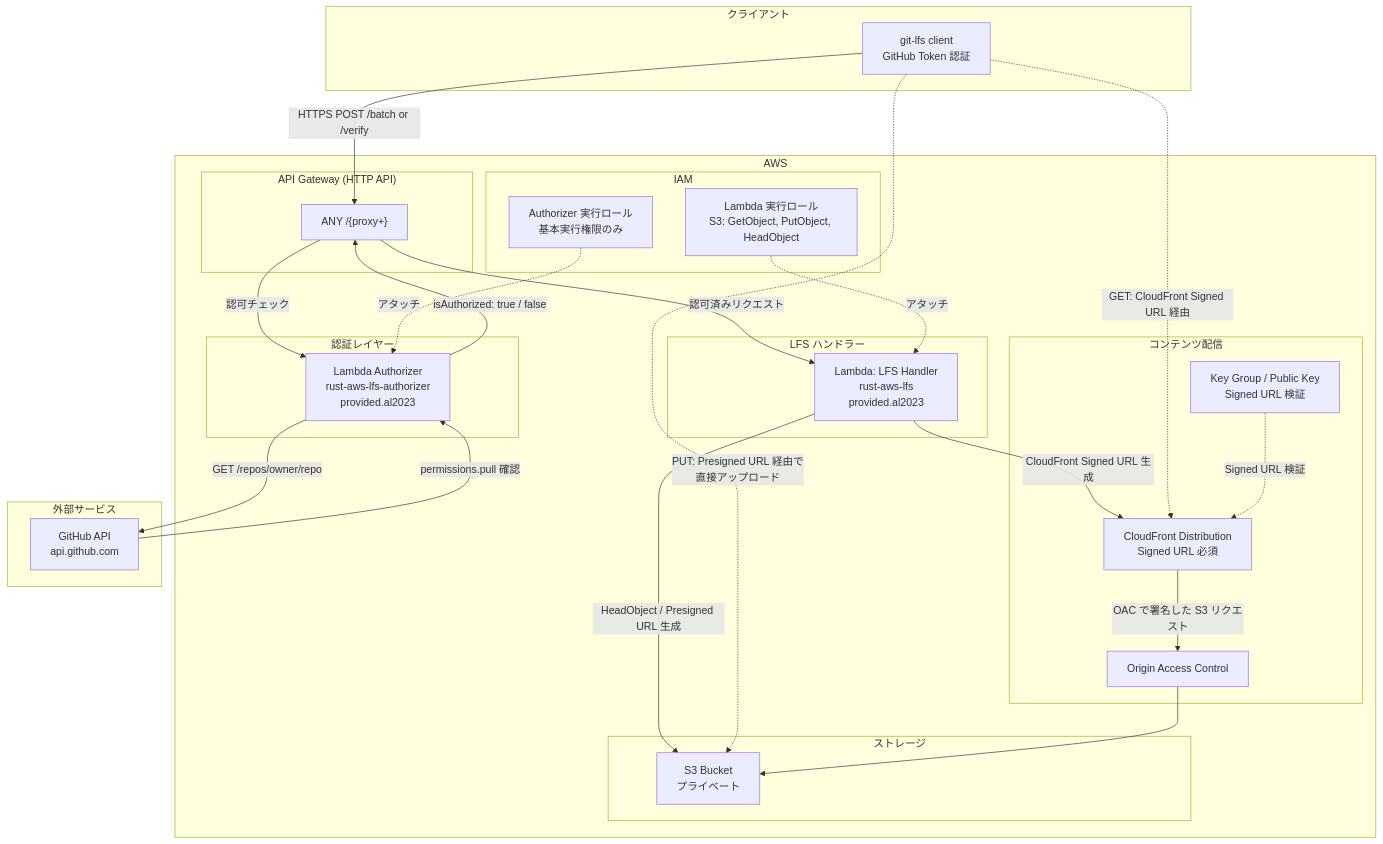
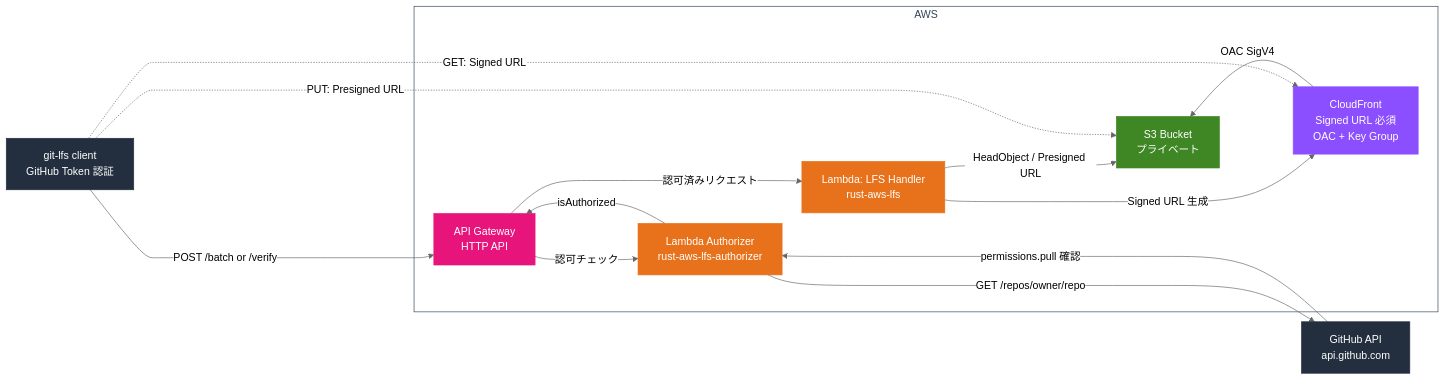
One commit to script202602/rust-aws-git-lfs changed the first of 4 diagrams in docs/design/aws-architecture.md. Above: the diagram before and after it, drawn with Mermaid. The commit also changed other lines of this file, not shown here.

Commit message:
docs: Qiita記事のテクニックを反映してAWS構成図を全面改訂
- graph TB → flowchart LR に変更（外部→内部の左右フロー）
- %%{init}%% で theme: neutral + nodeSpacing/rankSpacing を設定
- 見えない層グループ (layer1/2/3) を追加してレイアウト制御
- ~~~ 非表示エッジで層間・同層ノードの配置を制御
- classDef でAWS公式カラー色分け（Lambda/S3/CloudFront/APIGateway）
- style で単一AWSグループをスタイリング
- 線の長さ(ダッシュ数)で外部→内部の距離感を表現
- セキュリティ設計図も同様にテーマ・スタイル適用

https://claude.ai/code/session_01KaSUPF2Z4KtmcCheqCe7vW

````diff
--- a/docs/design/aws-architecture.md
+++ b/docs/design/aws-architecture.md
@@ -5,58 +5,54 @@
 ```mermaid
-graph TB
-    subgraph Client["クライアント"]
-        GIT["git-lfs client<br/>GitHub Token 認証"]
-    end
+%%{init: {"theme": "neutral", "flowchart": {"nodeSpacing": 10, "rankSpacing": 30}} }%%
+flowchart LR
 
-    subgraph AWS["AWS"]
-        subgraph APIGW["API Gateway (HTTP API)"]
-            ROUTE["ANY /{proxy+}"]
-        end
+git_client["git-lfs client<br/>GitHub Token 認証"]
 
-        subgraph AUTH["認証レイヤー"]
-            AUTHORIZER["Lambda Authorizer<br/>rust-aws-lfs-authorizer<br/>provided.al2023"]
-        end
+subgraph aws["AWS"]
+  subgraph layer1[" "]
+    APIGW["API Gateway<br/>HTTP API"]
+  end
+  subgraph layer2[" "]
+    AUTHORIZER["Lambda Authorizer<br/>rust-aws-lfs-authorizer"]
+    LAMBDA["Lambda: LFS Handler<br/>rust-aws-lfs"]
+  end
+  subgraph layer3[" "]
+    S3["S3 Bucket<br/>プライベート"]
+    CF["CloudFront<br/>Signed URL 必須<br/>OAC + Key Group"]
+  end
+end
 
-        subgraph HANDLER["LFS ハンドラー"]
-            LAMBDA["Lambda: LFS Handler<br/>rust-aws-lfs<br/>provided.al2023"]
-        end
+github_api["GitHub API<br/>api.github.com"]
 
-        subgraph STORAGE["ストレージ"]
-            S3["S3 Bucket<br/>プライベート"]
-        end
+git_client ~~~ layer1 ~~~ layer2 ~~~ layer3
+AUTHORIZER ~~~ LAMBDA
+S3 ~~~ CF
 
-        subgraph CDN["コンテンツ配信"]
-            CF["CloudFront Distribution<br/>Signed URL 必須"]
-            OAC["Origin Access Control"]
-            KEYPAIR["Key Group / Public Key<br/>Signed URL 検証"]
-        end
+git_client ----->|"POST /batch or /verify"| APIGW
+APIGW -->|"認可チェック"| AUTHORIZER
+AUTHORIZER ---->|"GET /repos/owner/repo"| github_api
+github_api ---->|"permissions.pull 確認"| AUTHORIZER
+AUTHORIZER -->|"isAuthorized"| APIGW
+APIGW -->|"認可済みリクエスト"| LAMBDA
+LAMBDA -->|"HeadObject / Presigned URL"| S3
+LAMBDA -->|"Signed URL 生成"| CF
+git_client -.->|"PUT: Presigned URL"| S3
+git_client -.->|"GET: Signed URL"| CF
+CF -->|"OAC SigV4"| S3
 
-        subgraph IAM["IAM"]
-            ROLE_MAIN["Lambda 実行ロール<br/>S3: GetObject, PutObject, HeadObject"]
-            ROLE_AUTH["Authorizer 実行ロール<br/>基本実行権限のみ"]
-        end
-    end
+style aws fill:#fff,color:#345,stroke:#345
 
-    subgraph External["外部サービス"]
-        GITHUB_API["GitHub API<br/>api.github.com"]
-    end
+classDef lambda     fill:#E8721C,stroke:#E8721C,color:#fff
+classDef s3         fill:#3F8624,stroke:#3F8624,color:#fff
+classDef cloudfront fill:#8C4FFF,stroke:#8C4FFF,color:#fff
+classDef apigw      fill:#E7157B,stroke:#E7157B,color:#fff
+classDef external   fill:#232F3E,stroke:#232F3E,color:#fff
+classDef group      fill:none,stroke:none
 
-    GIT -->|"HTTPS POST /batch or /verify"| ROUTE
-    ROUTE -->|"認可チェック"| AUTHORIZER
-    AUTHORIZER -->|"GET /repos/owner/repo"| GITHUB_API
-    GITHUB_API -->|"permissions.pull 確認"| AUTHORIZER
-    AUTHORIZER -->|"isAuthorized: true / false"| ROUTE
-    ROUTE -->|"認可済みリクエスト"| LAMBDA
-
-    LAMBDA -->|"HeadObject / Presigned URL 生成"| S3
-    LAMBDA -->|"CloudFront Signed URL 生成"| CF
-
-    GIT -.->|"PUT: Presigned URL 経由で直接アップロード"| S3
-    GIT -.->|"GET: CloudFront Signed URL 経由"| CF
-    CF -->|"OAC で署名した S3 リクエスト"| OAC
-    OAC --> S3
-
-    ROLE_MAIN -.->|"アタッチ"| LAMBDA
-    ROLE_AUTH -.->|"アタッチ"| AUTHORIZER
-    KEYPAIR -.->|"Signed URL 検証"| CF
+class git_client,github_api external
+class APIGW apigw
+class AUTHORIZER,LAMBDA lambda
+class S3 s3
+class CF cloudfront
+class layer1,layer2,layer3 group
 ```
````
